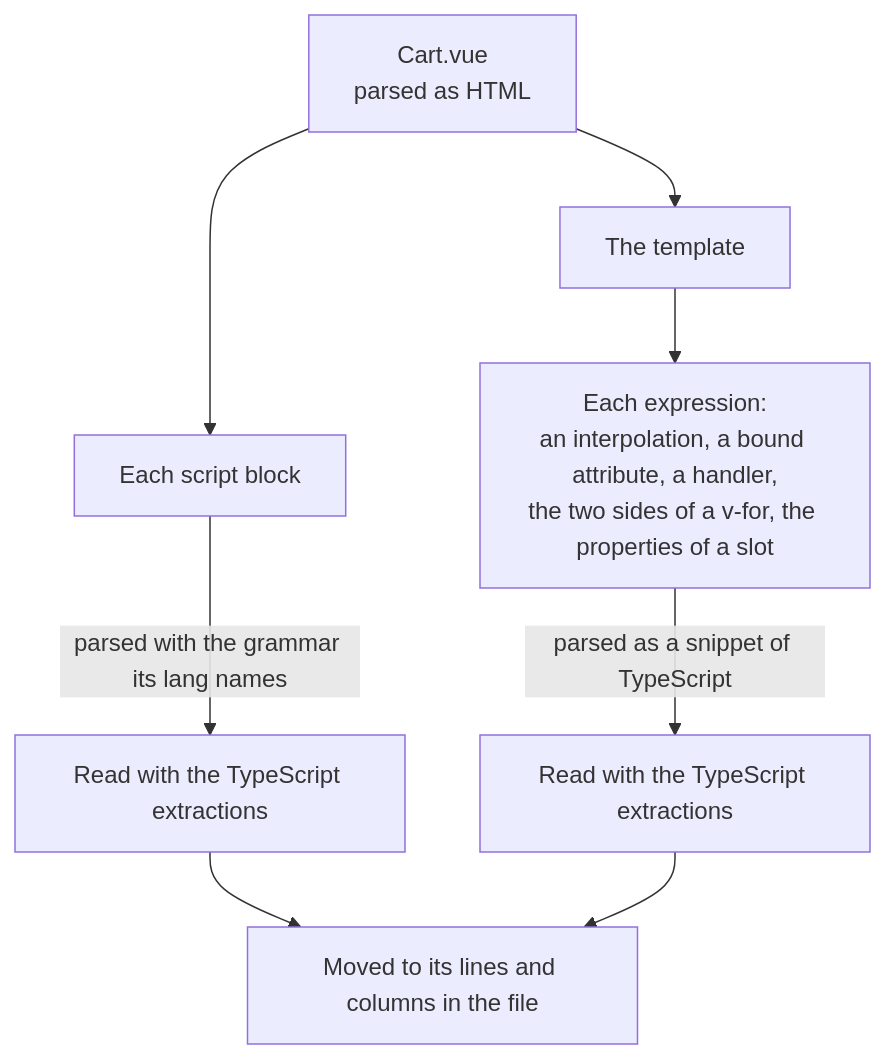
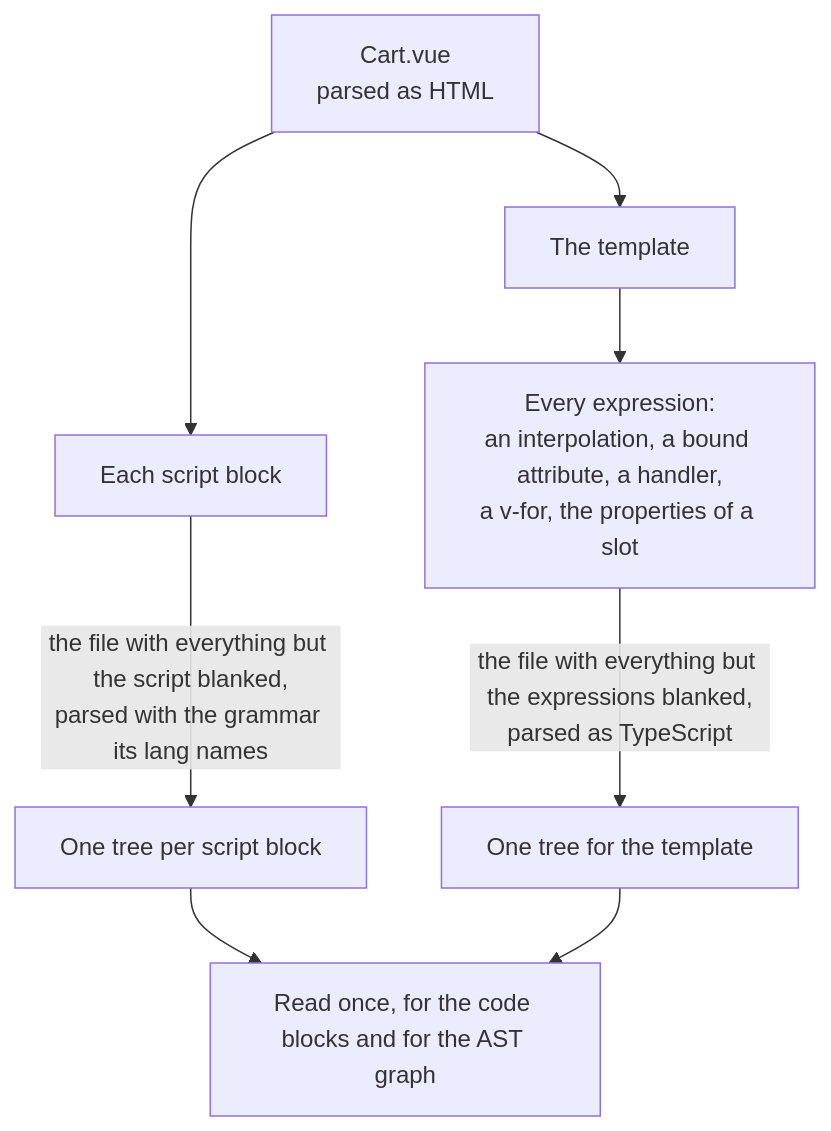
One commit to kidlat-dakila/flight-plan changed the diagram in docs/vocabulary/codegraph/languages/vue.md. Above: the diagram before and after it, drawn with Mermaid. The commit also changed other lines of this file and 400 other files, not shown here.

````diff
--- a/docs/vocabulary/codegraph/languages/vue.md
+++ b/docs/vocabulary/codegraph/languages/vue.md
@@ -28,10 +28,10 @@
 ```mermaid
 flowchart TD
   file["Cart.vue<br/>parsed as HTML"] --> scripts["Each script block"]
   file --> template["The template"]
-  scripts -->|"parsed with the grammar its lang names"| scriptTree["Read with the TypeScript extractions"]
-  template --> expressions["Each expression:<br/>an interpolation, a bound attribute, a handler,<br/>the two sides of a v-for, the properties of a slot"]
-  expressions -->|"parsed as a snippet of TypeScript"| snippetTree["Read with the TypeScript extractions"]
-  scriptTree --> moved["Moved to its lines and columns in the file"]
-  snippetTree --> moved
+  scripts -->|"the file with everything but the script blanked,<br/>parsed with the grammar its lang names"| scriptTree["One tree per script block"]
+  template --> expressions["Every expression:<br/>an interpolation, a bound attribute, a handler,<br/>a v-for, the properties of a slot"]
+  expressions -->|"the file with everything but the expressions blanked,<br/>parsed as TypeScript"| expressionTree["One tree for the template"]
+  scriptTree --> readers["Read once, for the code blocks and for the AST graph"]
+  expressionTree --> readers
 ```
````
